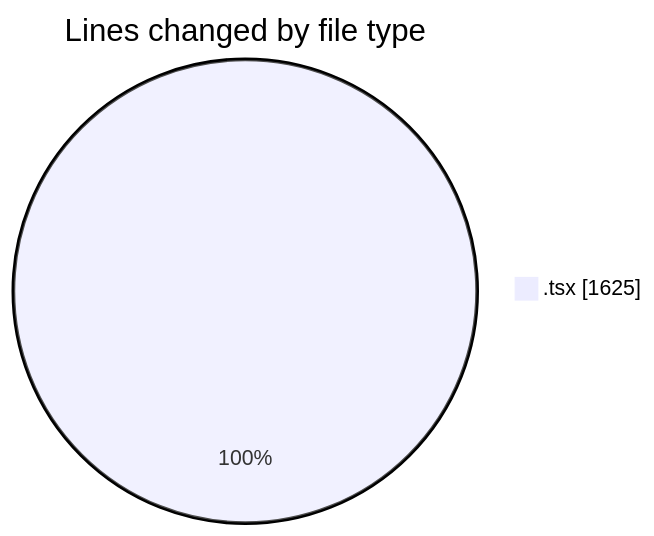
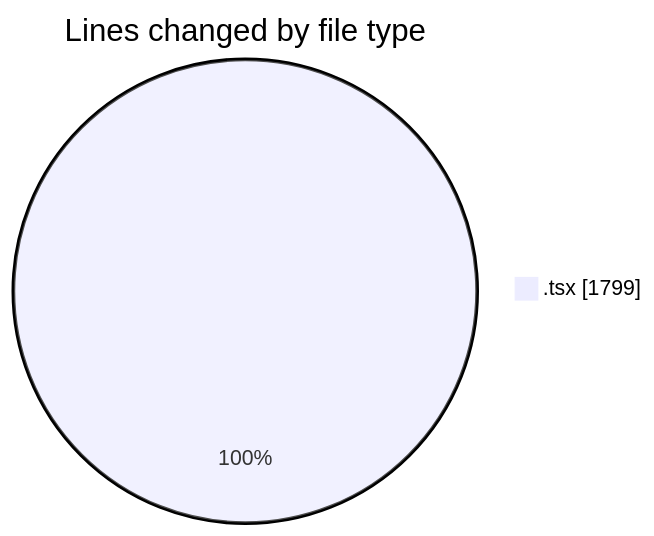
One commit to momahboobian/code-tracking changed the first of 2 diagrams in 2026-10-07/cda/README.md. Above: the diagram before and after it, drawn with Mermaid. The commit also changed other lines of this file and 1 other file, not shown here.

````diff
--- a/2026-10-07/cda/README.md
+++ b/2026-10-07/cda/README.md
@@ -22,5 +23,5 @@
 ```mermaid
 pie showData
 title Lines changed by file type
-".tsx" : 1625
+".tsx" : 1799
 ```
````
